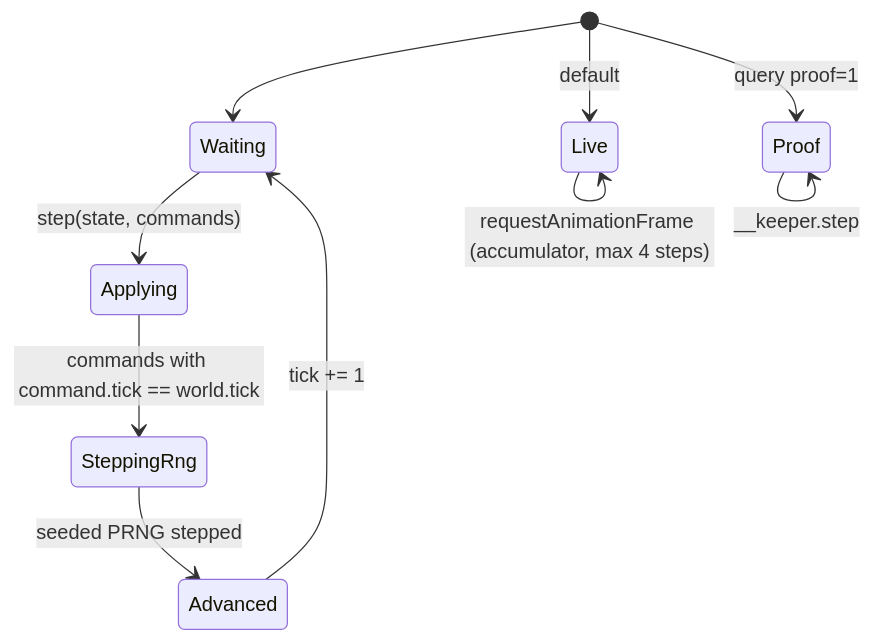
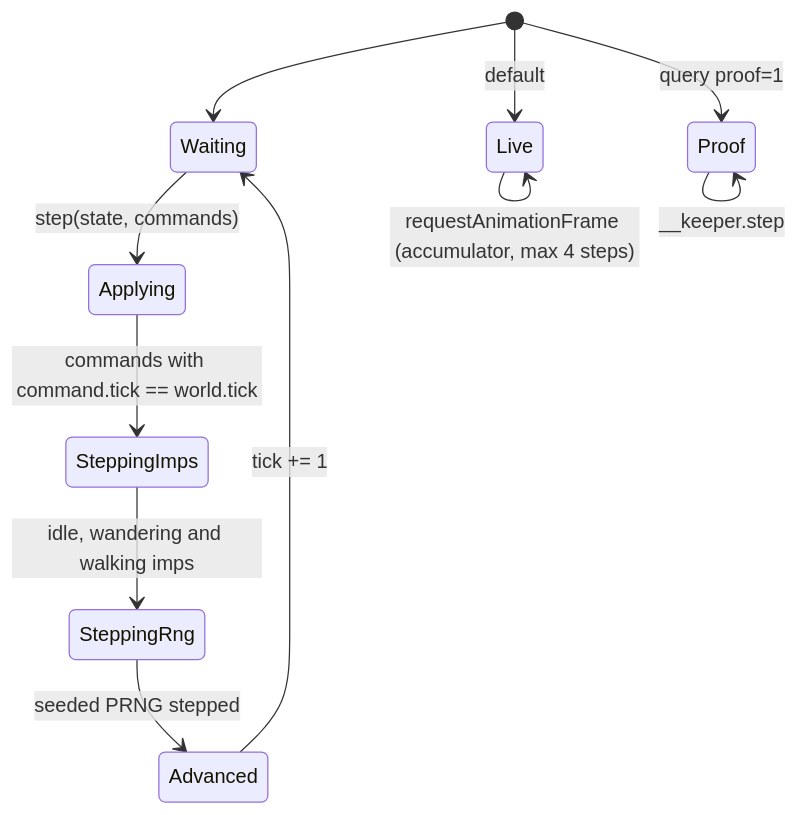
Before and after one commit to jmporchet/keeper: the sixth of 6 diagrams in docs/design.md, drawn with Mermaid. The commit also changed other lines of this file and 17 other files, not shown here.

````diff
--- a/docs/design.md
+++ b/docs/design.md
@@ -186,12 +188,13 @@
 ```mermaid
 stateDiagram-v2
     [*] --> Waiting
     Waiting --> Applying: step(state, commands)
-    Applying --> SteppingRng: commands with command.tick == world.tick
+    Applying --> SteppingImps: commands with command.tick == world.tick
+    SteppingImps --> SteppingRng: idle, wandering and walking imps
     SteppingRng --> Advanced: seeded PRNG stepped
     Advanced --> Waiting: tick += 1
     [*] --> Live: default
     [*] --> Proof: query proof=1
     Live --> Live: requestAnimationFrame (accumulator, max 4 steps)
     Proof --> Proof: __keeper.step
 ```
````
